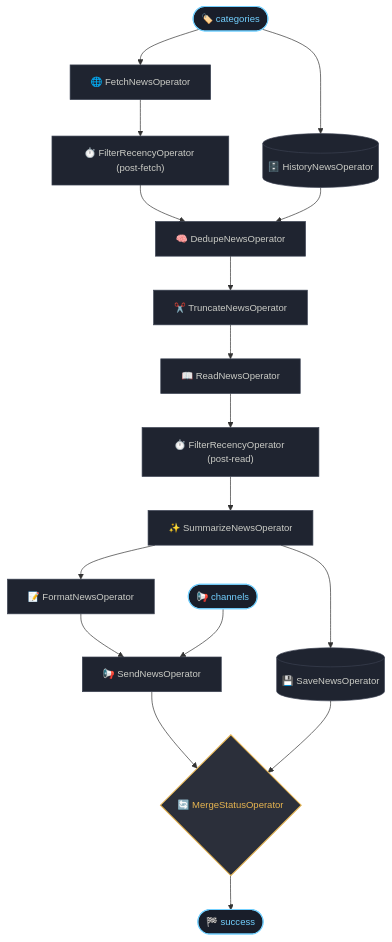
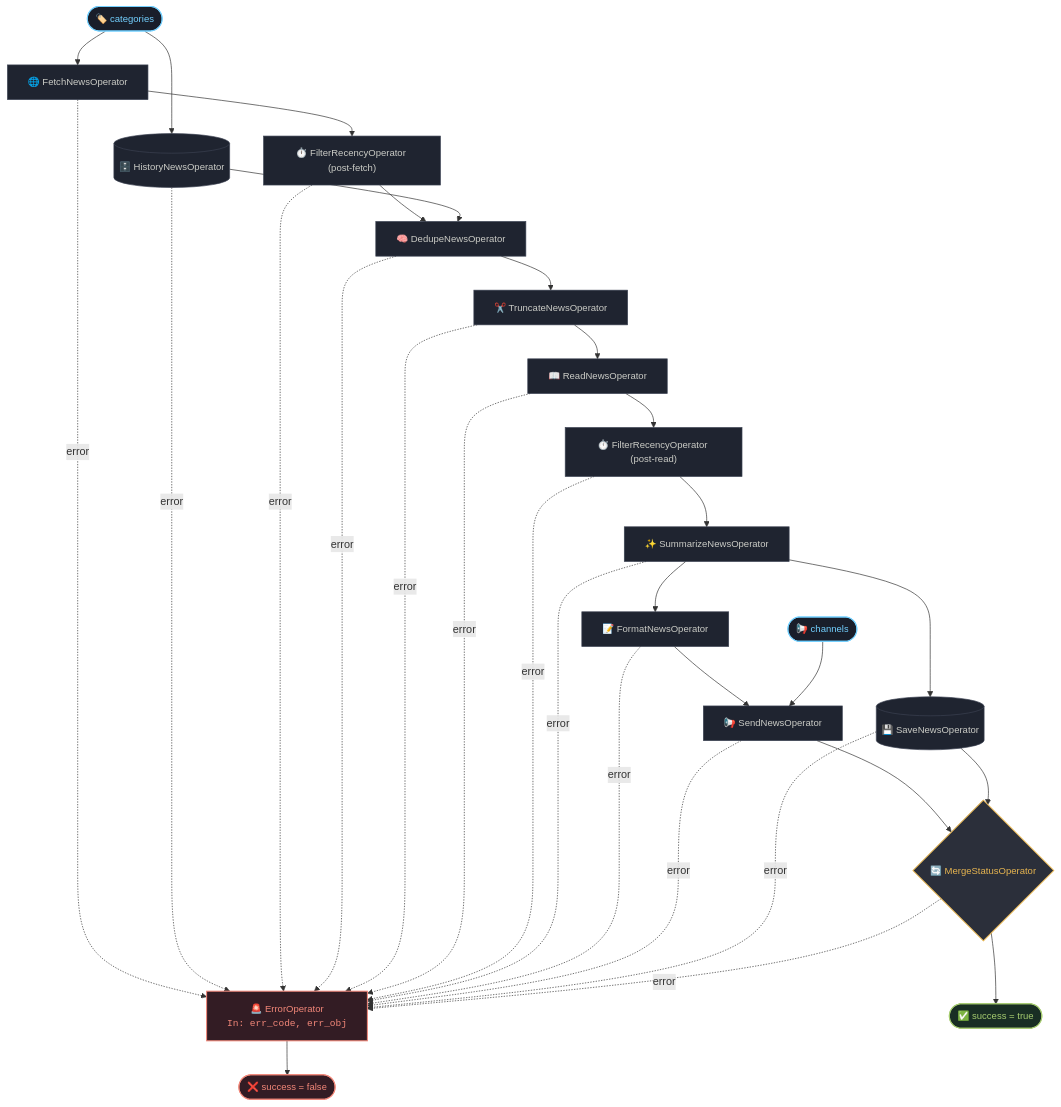
One commit to AnthonyChouGit/news_briefing changed the diagram in README.md. Above: the diagram before and after it, drawn with Mermaid.

Commit message:
docs: update architecture diagram with comprehensive error handling flow and refined node styling

````diff
--- a/README.md
+++ b/README.md
@@ -13,49 +13,78 @@
 ```mermaid
 flowchart TD
     Categories(["🏷️ categories"])
     Channels(["📢 channels"])
 
+    %% Primary Pipeline Operators
     Fetch["🌐 FetchNewsOperator"]
     Hist[("🗄️ HistoryNewsOperator")]
     Filter1["⏱️ FilterRecencyOperator (post-fetch)"]
     Dedupe["🧠 DedupeNewsOperator"]
+    Truncate["✂️ TruncateNewsOperator"]
+    Read["📖 ReadNewsOperator"]
+    Filter2["⏱️ FilterRecencyOperator (post-read)"]
+    Summarize["✨ SummarizeNewsOperator"]
+    Format["📝 FormatNewsOperator"]
+    Send["📢 SendNewsOperator"]
+    Save[("💾 SaveNewsOperator")]
+    Merge{"🔄 MergeStatusOperator"}
 
+    %% Error Handler
+    ErrorOp["🚨 ErrorOperator<br/><code>In: err_code, err_obj</code>"]
+
+    %% Terminal Outputs
+    Success(["✅ success = true"])
+    Failure(["❌ success = false"])
+
+    %% Normal Data Flow
     Categories --> Fetch
     Categories --> Hist
     Fetch --> Filter1
     Filter1 --> Dedupe
     Hist --> Dedupe
 
-    Truncate["✂️ TruncateNewsOperator"]
-    Read["📖 ReadNewsOperator"]
-    Filter2["⏱️ FilterRecencyOperator (post-read)"]
-    Summarize["✨ SummarizeNewsOperator"]
-
     Dedupe --> Truncate
     Truncate --> Read
     Read --> Filter2
     Filter2 --> Summarize
-
-    Format["📝 FormatNewsOperator"]
-    Send["📢 SendNewsOperator"]
-    Save[("💾 SaveNewsOperator")]
-    Merge{"🔄 MergeStatusOperator"}
-    Success(["🏁 success"])
 
     Summarize --> Format
     Format --> Send
     Channels --> Send
 
     Summarize --> Save
 
     Send --> Merge
     Save --> Merge
     Merge --> Success
 
+    %% Error Branch Flow
+    Fetch -. "error" .-> ErrorOp
+    Hist -. "error" .-> ErrorOp
+    Filter1 -. "error" .-> ErrorOp
+    Dedupe -. "error" .-> ErrorOp
+    Truncate -. "error" .-> ErrorOp
+    Read -. "error" .-> ErrorOp
+    Filter2 -. "error" .-> ErrorOp
+    Summarize -. "error" .-> ErrorOp
+    Format -. "error" .-> ErrorOp
+    Send -. "error" .-> ErrorOp
+    Save -. "error" .-> ErrorOp
+    Merge -. "error" .-> ErrorOp
+
+    ErrorOp --> Failure
+
+    %% Styling
     classDef default fill:#1f2430,stroke:#3b4252,stroke-width:1px,color:#cbccc6,font-size:14px;
     classDef io fill:#191e2a,stroke:#73d0ff,stroke-width:1.5px,color:#73d0ff,font-size:14px;
     classDef merge fill:#2b2f3a,stroke:#e6b450,stroke-width:1.5px,color:#e6b450,font-size:14px;
+    classDef errNode fill:#331c24,stroke:#f28779,stroke-width:1.5px,color:#f28779,font-size:14px;
+    classDef successNode fill:#192e24,stroke:#a6cc70,stroke-width:1.5px,color:#a6cc70,font-size:14px;
+    classDef failNode fill:#331c24,stroke:#f28779,stroke-width:1.5px,color:#f28779,font-size:14px;
     
-    class Categories,Channels,Success io;
+    class Categories,Channels io;
     class Merge merge;
+    class ErrorOp errNode;
+    class Success successNode;
+    class Failure failNode;
 ```
````
